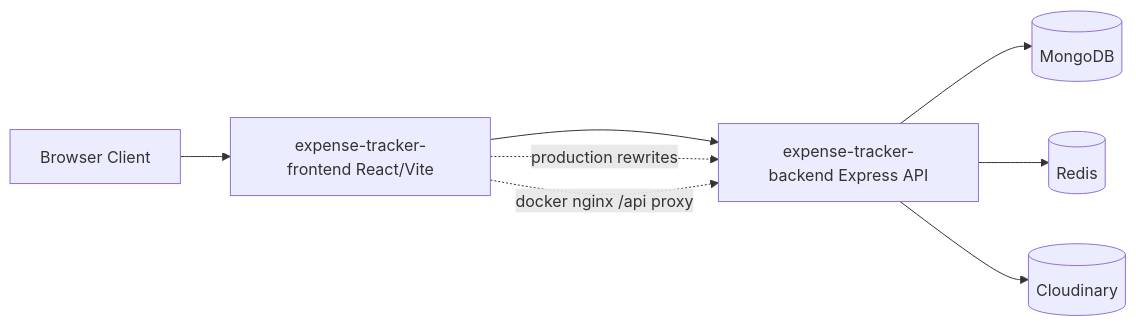
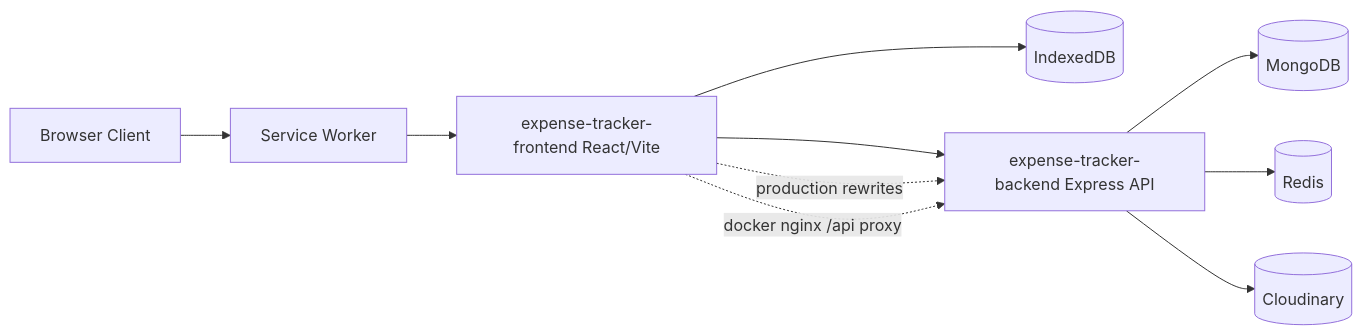
The first of 5 diagrams in README.md (shivamMittal088/Expense-Tracker), drawn with Mermaid before and after one commit. The commit also changed other lines of this file and 1 other file, not shown here.

Commit message:
fix: enable service worker registration in main.tsx

````diff
--- a/README.md
+++ b/README.md
@@ -127,10 +129,12 @@
 ```mermaid
 flowchart LR
-  USER[Browser Client] --> WEB[expense-tracker-frontend React/Vite]
+  USER[Browser Client] --> SW[Service Worker]
+  SW --> WEB[expense-tracker-frontend React/Vite]
+  WEB --> IDB[(IndexedDB)]
   WEB --> API[expense-tracker-backend Express API]
   API --> DB[(MongoDB)]
   API --> REDIS[(Redis)]
   API --> CLOUD[(Cloudinary)]
   WEB -. production rewrites .-> API
   WEB -. docker nginx /api proxy .-> API
 ```
````
